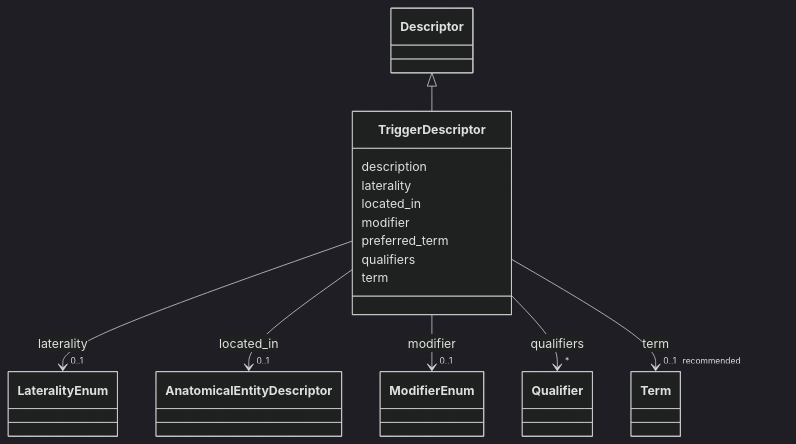
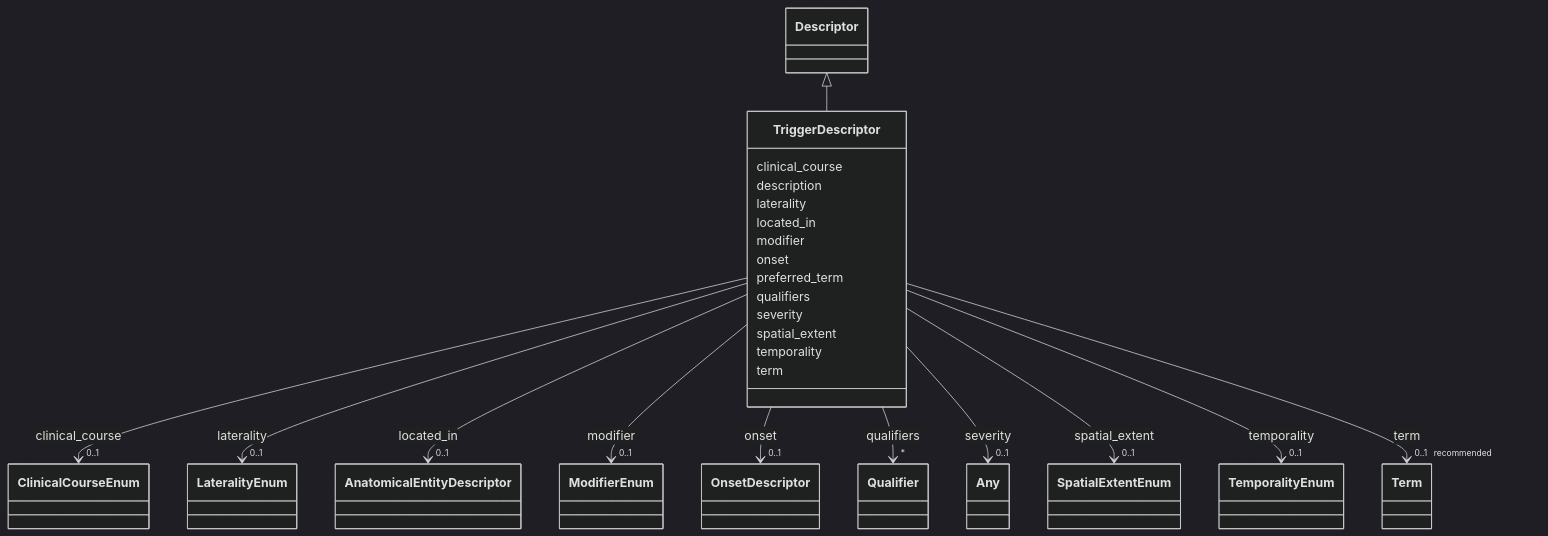
The diagram in docs/schema/classes/TriggerDescriptor.md (monarch-initiative/dismech), drawn with Mermaid (dark theme) before and after one commit. The commit also changed other lines of this file and 1343 other files, not shown here.

First line of the commit message:
docs: regenerate schema docs and point design-decisions link at rendered page

```diff
--- a/docs/schema/classes/TriggerDescriptor.md
+++ b/docs/schema/classes/TriggerDescriptor.md
@@ -22,6 +22,17 @@
       Descriptor <|-- TriggerDescriptor
         click Descriptor href "../../classes/Descriptor/"
       
+      TriggerDescriptor : clinical_course
+        
+          
+    
+        
+        
+        TriggerDescriptor --> "0..1" ClinicalCourseEnum : clinical_course
+        click ClinicalCourseEnum href "../../enums/ClinicalCourseEnum/"
+    
+
+        
       TriggerDescriptor : description
         
       TriggerDescriptor : laterality
@@ -57,6 +68,17 @@
     
 
         
+      TriggerDescriptor : onset
+        
+          
+    
+        
+        
+        TriggerDescriptor --> "0..1" OnsetDescriptor : onset
+        click OnsetDescriptor href "../../classes/OnsetDescriptor/"
+    
+
+        
       TriggerDescriptor : preferred_term
         
       TriggerDescriptor : qualifiers
@@ -67,6 +89,39 @@
         
         TriggerDescriptor --> "*" Qualifier : qualifiers
         click Qualifier href "../../classes/Qualifier/"
+    
+
+        
+      TriggerDescriptor : severity
+        
+          
+    
+        
+        
+        TriggerDescriptor --> "0..1" Any : severity
+        click Any href "../../classes/Any/"
+    
+
+        
+      TriggerDescriptor : spatial_extent
+        
+          
+    
+        
+        
+        TriggerDescriptor --> "0..1" SpatialExtentEnum : spatial_extent
+        click SpatialExtentEnum href "../../enums/SpatialExtentEnum/"
+    
+
+        
+      TriggerDescriptor : temporality
+        
+          
+    
+        
+        
+        TriggerDescriptor --> "0..1" TemporalityEnum : temporality
+        click TemporalityEnum href "../../enums/TemporalityEnum/"
     
 
         
```
